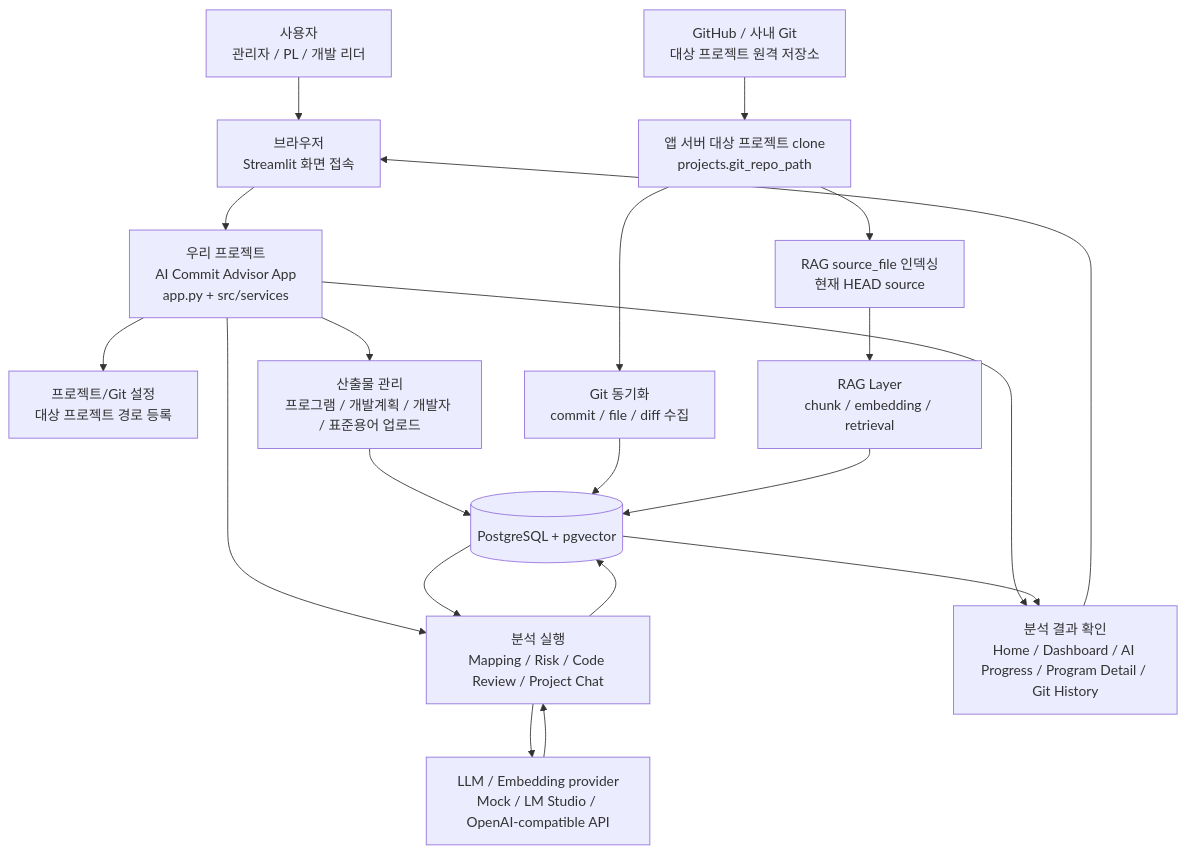
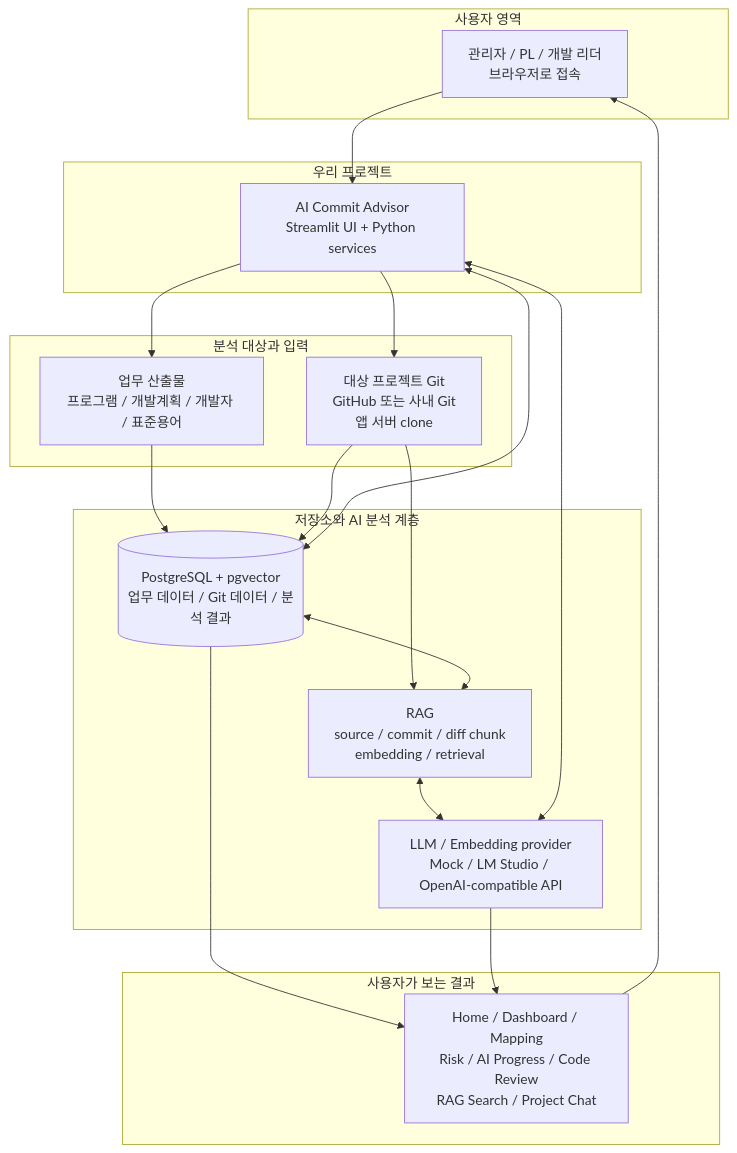
Before and after one commit to ino5/ai-commit-advisor-26: the first of 10 diagrams in docs/architecture.md, drawn with Mermaid. The commit also changed other lines of this file and 1 other file, not shown here.

Commit message:
docs: simplify architecture overview

````diff
--- a/docs/architecture.md
+++ b/docs/architecture.md
@@ -9,25 +9,39 @@
 ```mermaid
 flowchart TB
-    User["사용자<br/>관리자 / PL / 개발 리더"] --> Browser["브라우저<br/>Streamlit 화면 접속"]
-    Browser --> App["우리 프로젝트<br/>AI Commit Advisor App<br/>app.py + src/services"]
+    subgraph People["사용자 영역"]
+        User["관리자 / PL / 개발 리더<br/>브라우저로 접속"]
+    end
 
-    App --> ProjectSetup["프로젝트/Git 설정<br/>대상 프로젝트 경로 등록"]
-    App --> Upload["산출물 관리<br/>프로그램 / 개발계획 / 개발자 / 표준용어 업로드"]
-    App --> Analysis["분석 실행<br/>Mapping / Risk / Code Review / Project Chat"]
-    App --> Results["분석 결과 확인<br/>Home / Dashboard / AI Progress / Program Detail / Git History"]
+    subgraph AppArea["우리 프로젝트"]
+        App["AI Commit Advisor<br/>Streamlit UI + Python services"]
+    end
 
-    TargetRemote["GitHub / 사내 Git<br/>대상 프로젝트 원격 저장소"] --> ServerClone["앱 서버 대상 프로젝트 clone<br/>projects.git_repo_path"]
-    ServerClone --> GitSync["Git 동기화<br/>commit / file / diff 수집"]
-    ServerClone --> SourceIndex["RAG source_file 인덱싱<br/>현재 HEAD source"]
+    subgraph Inputs["분석 대상과 입력"]
+        Artifacts["업무 산출물<br/>프로그램 / 개발계획 / 개발자 / 표준용어"]
+        Target["대상 프로젝트 Git<br/>GitHub 또는 사내 Git<br/>앱 서버 clone"]
+    end
 
-    Upload --> DB[(PostgreSQL + pgvector)]
-    GitSync --> DB
-    SourceIndex --> Rag["RAG Layer<br/>chunk / embedding / retrieval"]
-    Rag --> DB
-    DB --> Analysis
-    Analysis --> LLM["LLM / Embedding provider<br/>Mock / LM Studio / OpenAI-compatible API"]
-    LLM --> Analysis
-    Analysis --> DB
-    DB --> Results
-    Results --> Browser
+    subgraph Intelligence["저장소와 AI 분석 계층"]
+        DB[(PostgreSQL + pgvector<br/>업무 데이터 / Git 데이터 / 분석 결과)]
+        Rag["RAG<br/>source / commit / diff chunk<br/>embedding / retrieval"]
+        LLM["LLM / Embedding provider<br/>Mock / LM Studio / OpenAI-compatible API"]
+    end
+
+    subgraph Output["사용자가 보는 결과"]
+        Result["Home / Dashboard / Mapping<br/>Risk / AI Progress / Code Review<br/>RAG Search / Project Chat"]
+    end
+
+    User --> App
+    App --> Artifacts
+    App --> Target
+    Artifacts --> DB
+    Target --> DB
+    Target --> Rag
+    DB <--> Rag
+    Rag <--> LLM
+    App <--> DB
+    App <--> LLM
+    DB --> Result
+    LLM --> Result
+    Result --> User
 ```
````
